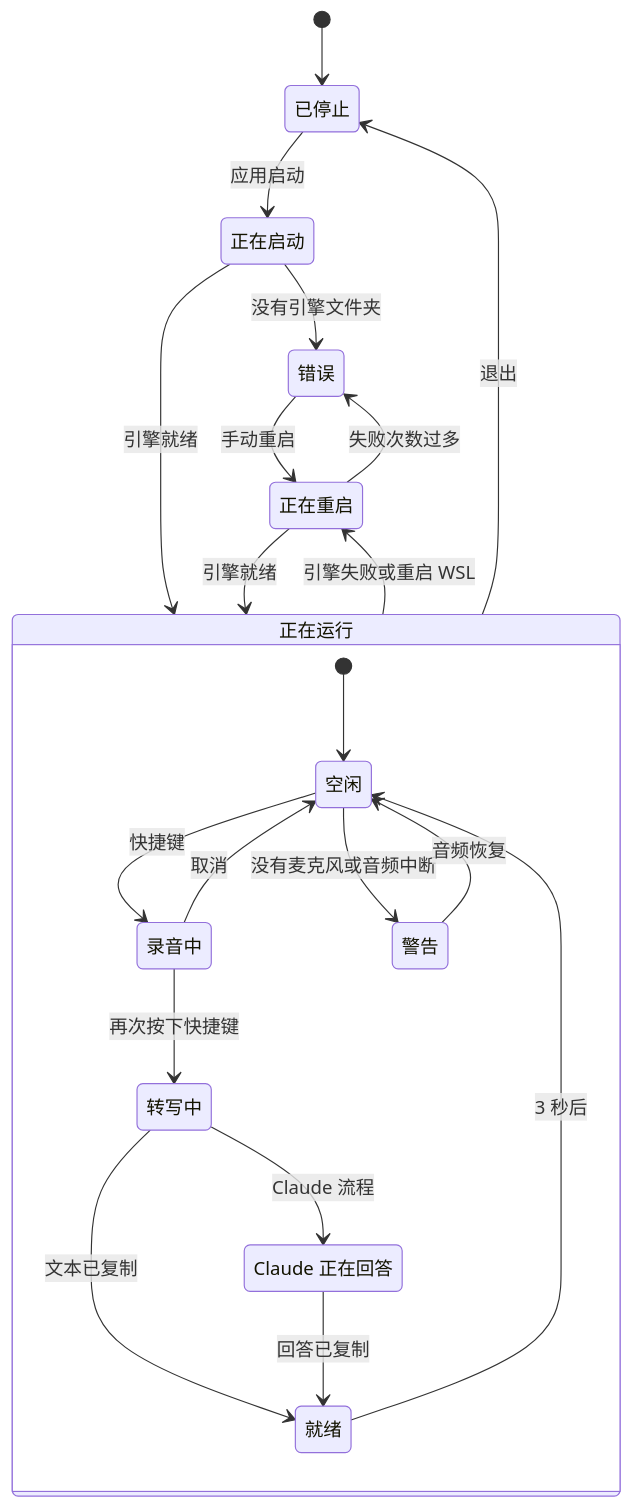
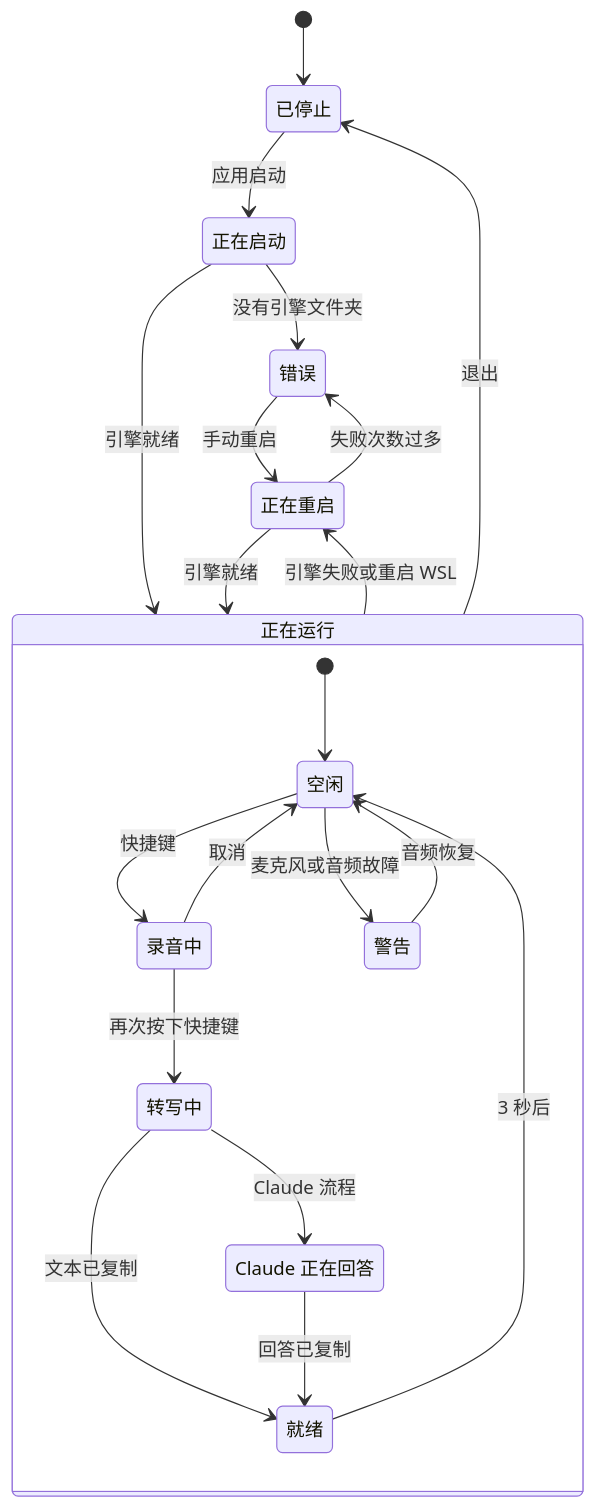
Before and after one commit to nano-br/voice-mate: the fourth of 5 diagrams in README.zh-CN.md, drawn with Mermaid. The commit also changed other lines of this file and 1 other file, not shown here.

````diff
--- a/README.zh-CN.md
+++ b/README.zh-CN.md
@@ -239,35 +239,35 @@
 ```mermaid
 stateDiagram-v2
     state "已停止" as Stopped
     state "正在启动" as Starting
     state "正在运行" as Running
     state "错误" as Error
     state "正在重启" as Restarting
     [*] --> Stopped
     Stopped --> Starting : 应用启动
     Starting --> Running : 引擎就绪
     Starting --> Error : 没有引擎文件夹
     Running --> Restarting : 引擎失败或重启 WSL
     Restarting --> Running : 引擎就绪
     Restarting --> Error : 失败次数过多
     Error --> Restarting : 手动重启
     Running --> Stopped : 退出
     state Running {
         state "空闲" as Idle
         state "录音中" as Recording
         state "转写中" as Transcribing
         state "Claude 正在回答" as Answering
         state "就绪" as Ready
         state "警告" as Warning
         [*] --> Idle
         Idle --> Recording : 快捷键
         Recording --> Transcribing : 再次按下快捷键
         Recording --> Idle : 取消
         Transcribing --> Ready : 文本已复制
         Transcribing --> Answering : Claude 流程
         Answering --> Ready : 回答已复制
         Ready --> Idle : 3 秒后
-        Idle --> Warning : 没有麦克风或音频中断
+        Idle --> Warning : 麦克风或音频故障
         Warning --> Idle : 音频恢复
     }
 ```
````
